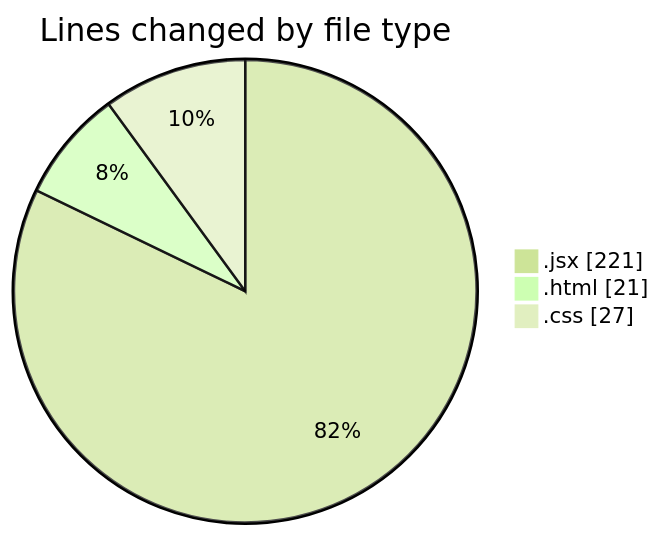
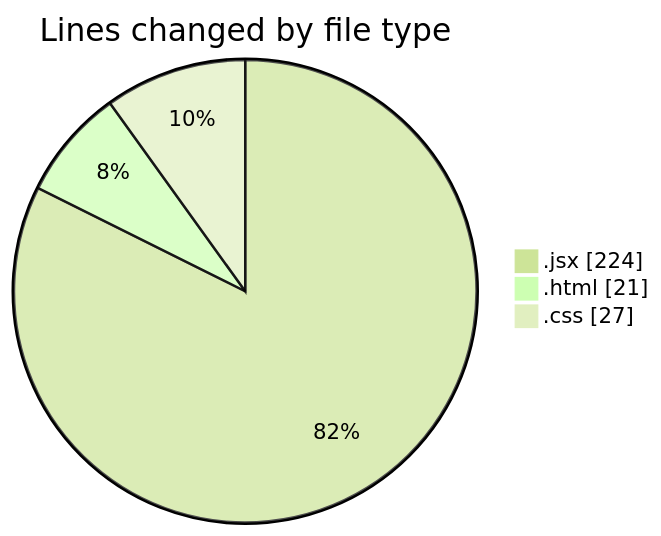
The first of 2 diagrams in 2025-02-13/elitegpt/README.md (Elitesun/code-tracking), drawn with Mermaid (forest theme) before and after one commit. The commit also changed other lines of this file and 1 other file, not shown here.

````diff
--- a/2025-02-13/elitegpt/README.md
+++ b/2025-02-13/elitegpt/README.md
@@ -26,7 +26,7 @@
 ```mermaid
 pie showData
 title Lines changed by file type
-".jsx" : 221
+".jsx" : 224
 ".html" : 21
 ".css" : 27
 ```
````
